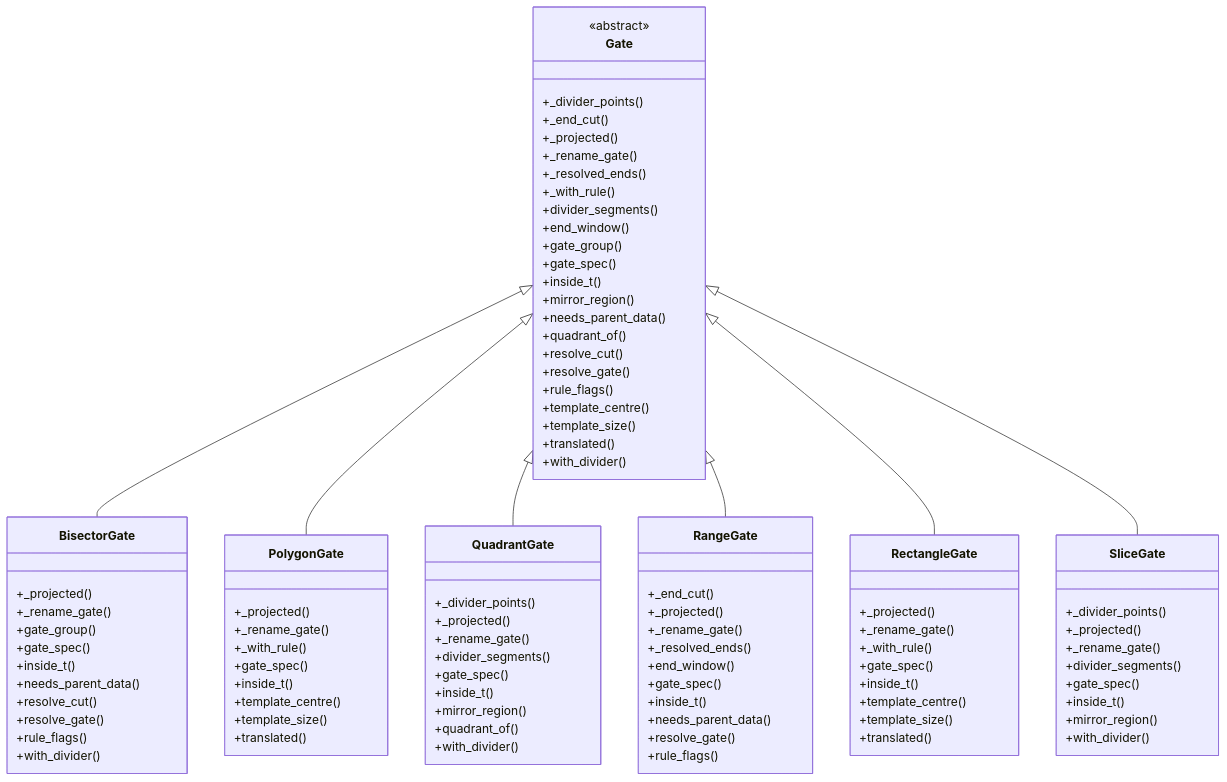
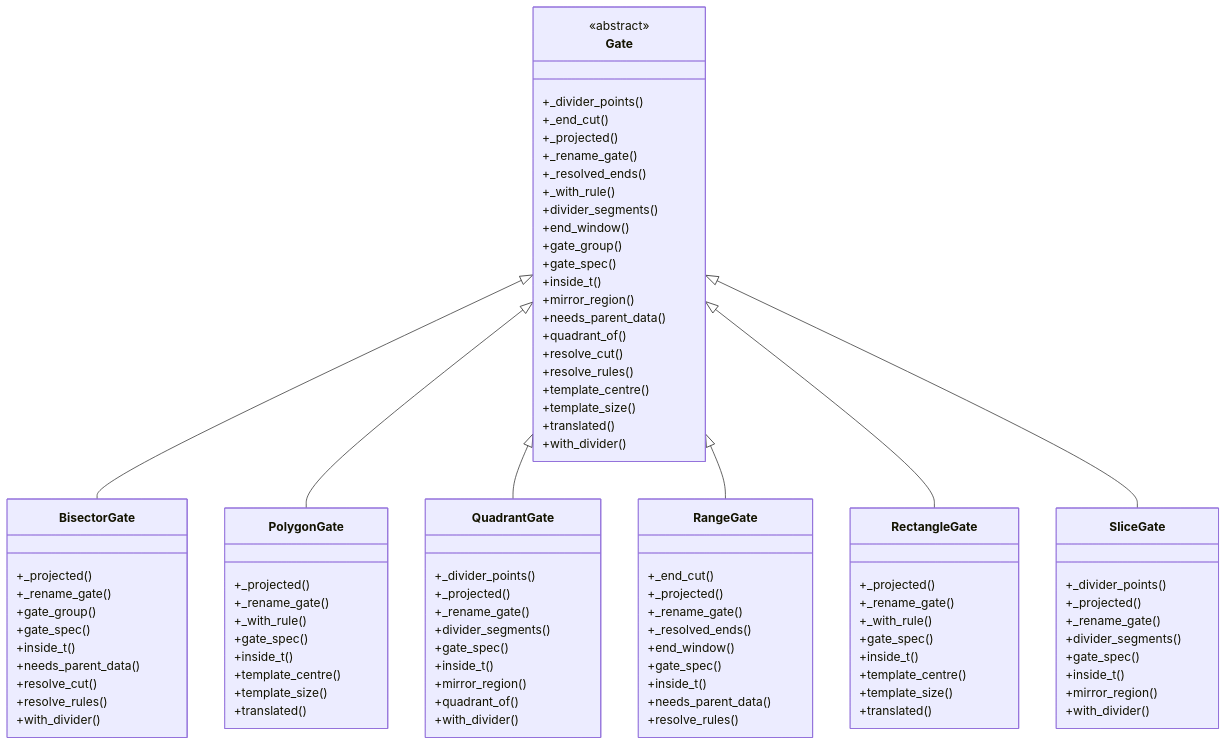
Before and after one commit to schienstockd/cecelia: the first of 6 diagrams in docs/architecture/julia/interfaces.md, drawn with Mermaid. The commit also changed other lines of this file and 23 other files, not shown here.

```diff
--- a/docs/architecture/julia/interfaces.md
+++ b/docs/architecture/julia/interfaces.md
@@ -110,8 +109,7 @@
     +needs_parent_data()
     +quadrant_of()
     +resolve_cut()
-    +resolve_gate()
-    +rule_flags()
+    +resolve_rules()
     +template_centre()
     +template_size()
     +translated()
@@ -125,8 +123,7 @@
     +inside_t()
     +needs_parent_data()
     +resolve_cut()
-    +resolve_gate()
-    +rule_flags()
+    +resolve_rules()
     +with_divider()
   }
   Gate <|-- BisectorGate
@@ -162,8 +159,7 @@
     +gate_spec()
     +inside_t()
     +needs_parent_data()
-    +resolve_gate()
-    +rule_flags()
+    +resolve_rules()
   }
   Gate <|-- RangeGate
   class RectangleGate {
```
